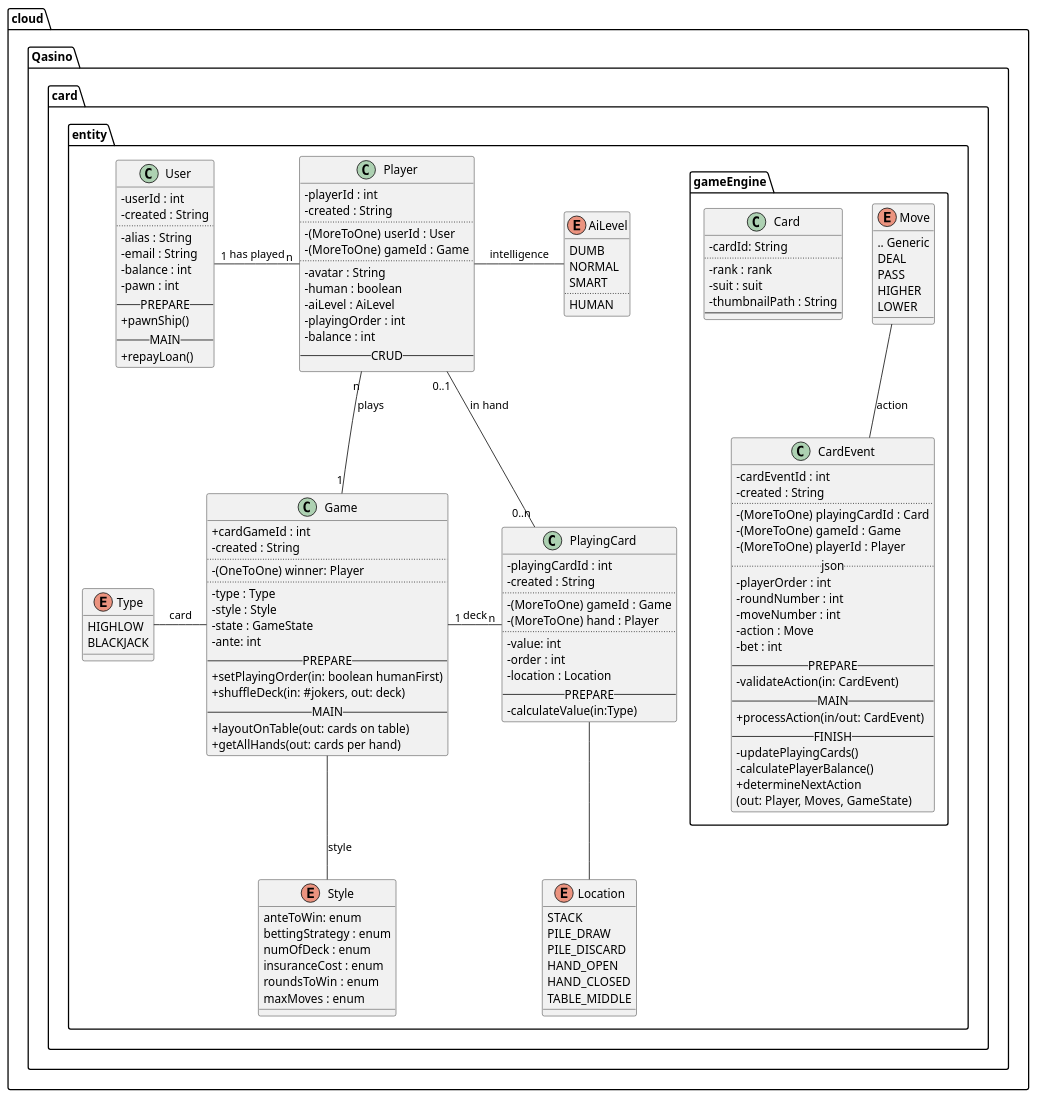
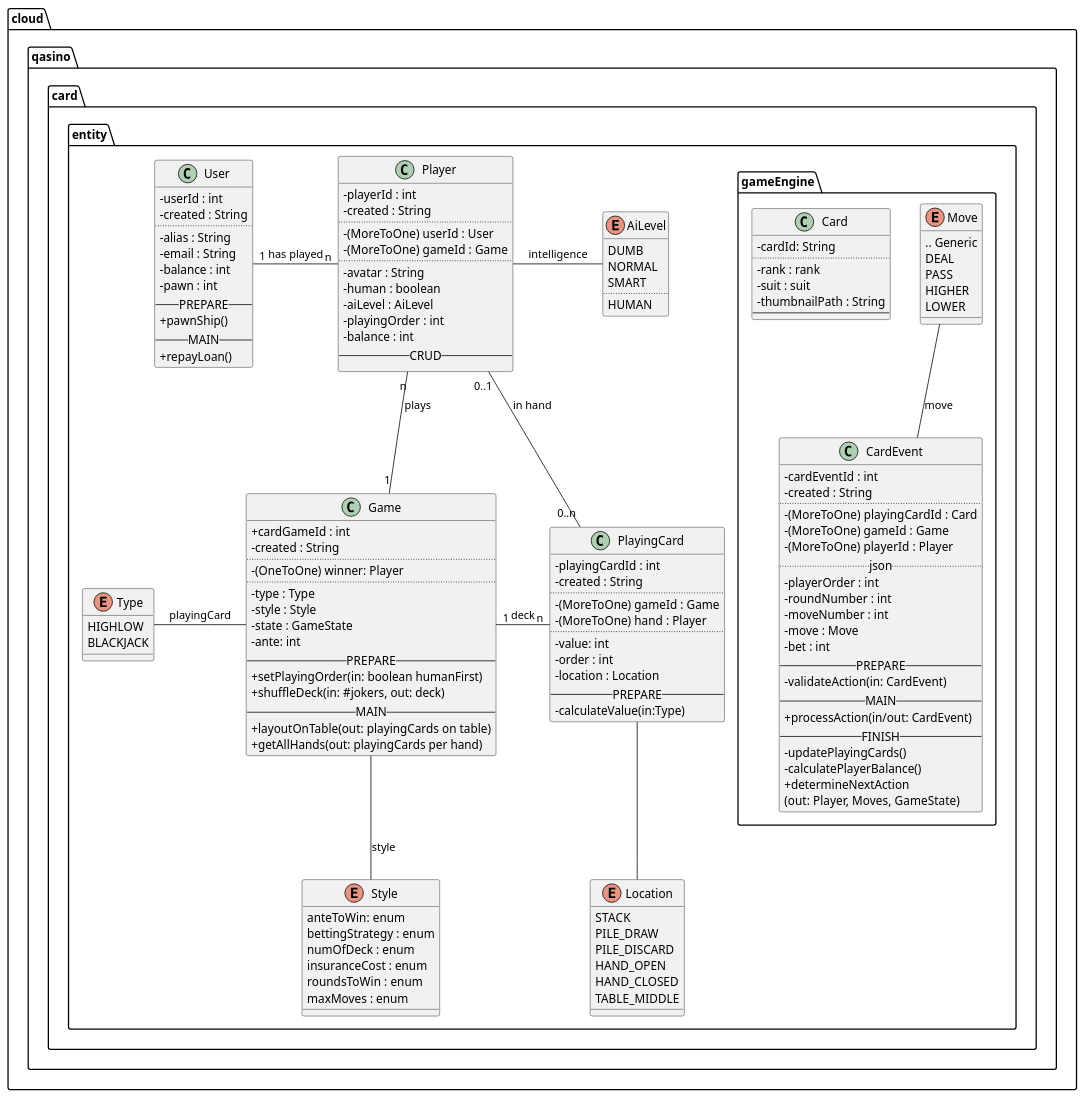
The diagram in server/src/main/java/cloud/qasino/card/entity/Qasino.puml (saalk/qasino), drawn with PlantUML before and after one commit. The commit also changed 267 other files, not shown here.

```diff
--- a/server/src/main/java/cloud/qasino/card/entity/Qasino.puml
+++ b/server/src/main/java/cloud/qasino/card/entity/Qasino.puml
@@ -1,151 +1,151 @@
 @startuml src/main/resources/plantuml/Casino.png
 		skinparam classAttributeIconSize 0
-		package "cloud.Qasino.card" {
+		package "cloud.qasino.card" {
 		package "entity" {
 
 class User {
 - userId : int
 - created : String
 ..
 - alias : String
 - email : String
 - balance : int
 - pawn : int
 -- PREPARE --
 + pawnShip()
 -- MAIN --
 + repayLoan()
 }
 User "1" -right- "n" Player: has played
 
 class Player {
 - playerId : int
 - created : String
 ..
 - (MoreToOne) userId : User
 - (MoreToOne) gameId : Game
 ..
 - avatar : String
 - human : boolean
 - aiLevel : AiLevel
 - playingOrder : int
 - balance : int
 -- CRUD --
 }
 Player -right- AiLevel : intelligence
 Player "n" -down- "1" Game : plays
 
 enum AiLevel {
 DUMB
 NORMAL
 SMART
 ..
 HUMAN
 }
 
 class Game {
 + cardGameId : int
 - created : String
 ..
 - (OneToOne) winner: Player
 ..
 - type : Type
 - style : Style
 - state : GameState
 - ante: int
 -- PREPARE --
 + setPlayingOrder(in: boolean humanFirst)
 + shuffleDeck(in: #jokers, out: deck)
 -- MAIN --
-+ layoutOnTable(out: cards on table)
-+ getAllHands(out: cards per hand)
++ layoutOnTable(out: playingCards on table)
++ getAllHands(out: playingCards per hand)
 }
 
-Game -left- Type : card
+Game -left- Type : playingCard
 Game -down- Style : style
 Game "1" -right- "n" PlayingCard : deck
 
 enum Type {
 HIGHLOW
 BLACKJACK
 }
 
 enum Style {
 	anteToWin: enum
 	bettingStrategy : enum
 	numOfDeck : enum
 	insuranceCost : enum
 	roundsToWin : enum
 	maxMoves : enum
 }
 
 class PlayingCard {
 - playingCardId : int
 - created : String
 ..
 - (MoreToOne) gameId : Game
 - (MoreToOne) hand : Player
 ..
 - value: int
 - order : int
 - location : Location
 -- PREPARE --
 - calculateValue(in:Type)
 }
 PlayingCard -down- Location
 PlayingCard "0..n" -up- "0..1" Player : in hand
 
 enum Location {
 STACK
 PILE_DRAW
 PILE_DISCARD
 HAND_OPEN
 HAND_CLOSED
 TABLE_MIDDLE
 }
 
 
 package "gameEngine" {
 class Card {
 - cardId: String
 ..
 - rank : rank
 - suit : suit
 - thumbnailPath : String
 --
 }
 
 class CardEvent {
 - cardEventId : int
 - created : String
 ..
 - (MoreToOne) playingCardId : Card
 - (MoreToOne) gameId : Game
 - (MoreToOne) playerId : Player
 .. json..
 - playerOrder : int
 - roundNumber : int
 - moveNumber : int
-- action : Move
+- move : Move
 - bet : int
 -- PREPARE --
 - validateAction(in: CardEvent)
 -- MAIN --
 + processAction(in/out: CardEvent)
 -- FINISH --
 - updatePlayingCards()
 - calculatePlayerBalance()
 + determineNextAction
 (out: Player, Moves, GameState)
 }
-CardEvent -up- Move : action
+CardEvent -up- Move : move
 
 enum Move {
 .. Generic
 DEAL
 PASS
 HIGHER
 LOWER
 }
 }
 @enduml
```
